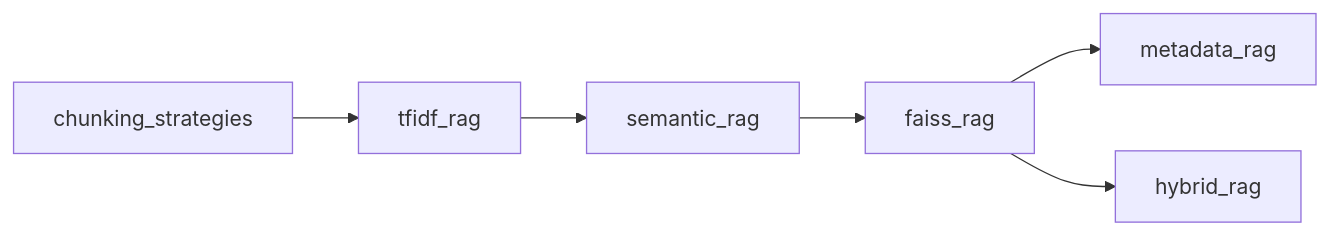
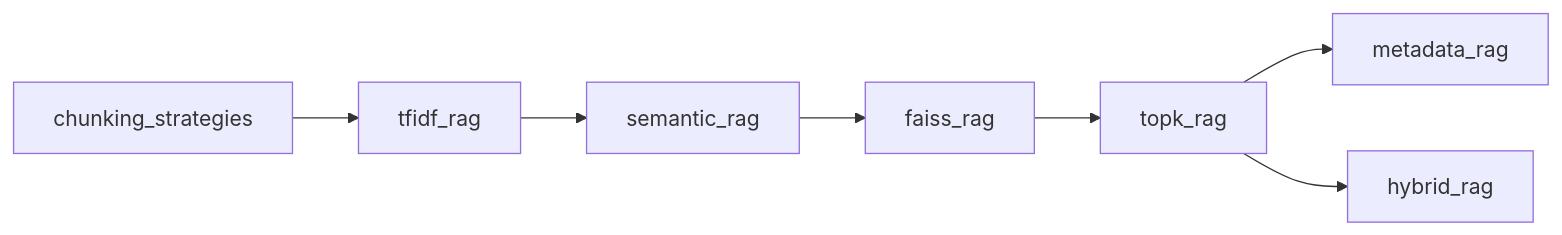
The diagram in README.md (robocop24/rag-lab), drawn with Mermaid before and after one commit. The commit also changed other lines of this file, not shown here.

````diff
--- a/README.md
+++ b/README.md
@@ -117,8 +126,9 @@
 ```mermaid
 graph LR
     A[chunking_strategies] --> B[tfidf_rag]
     B --> C[semantic_rag]
     C --> D[faiss_rag]
-    D --> E[metadata_rag]
-    D --> F[hybrid_rag]
+    D --> E[topk_rag]
+    E --> F[metadata_rag]
+    E --> G[hybrid_rag]
 ```
````
